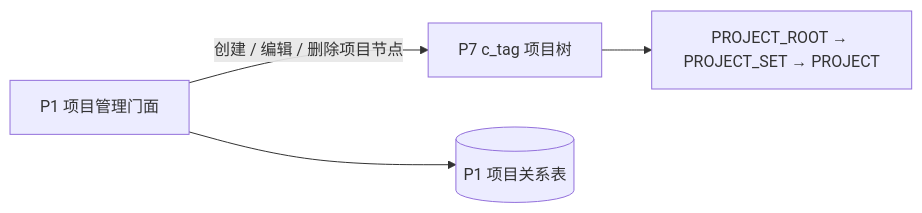
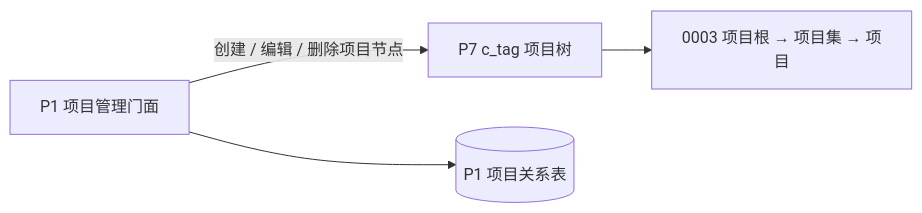
The first of 3 diagrams in ai-guidance/products/company/device-inspection-platform/decisions/project-set-project-management.md (cnxutu/tu-devkit), drawn with Mermaid before and after one commit. The commit also changed other lines of this file and 8 other files, not shown here.

First line of the commit message:
feat(SKILL): 新增原型图解析skill

````diff
--- a/ai-guidance/products/company/device-inspection-platform/decisions/project-set-project-management.md
+++ b/ai-guidance/products/company/device-inspection-platform/decisions/project-set-project-management.md
@@ -7,6 +7,6 @@
 ```mermaid
 flowchart LR
   P1[P1 项目管理门面] -->|创建 / 编辑 / 删除项目节点| P7[P7 c_tag 项目树]
   P1 --> DB[(P1 项目关系表)]
-  P7 --> PS[PROJECT_ROOT → PROJECT_SET → PROJECT]
+  P7 --> PS[0003 项目根 → 项目集 → 项目]
 ```
````
